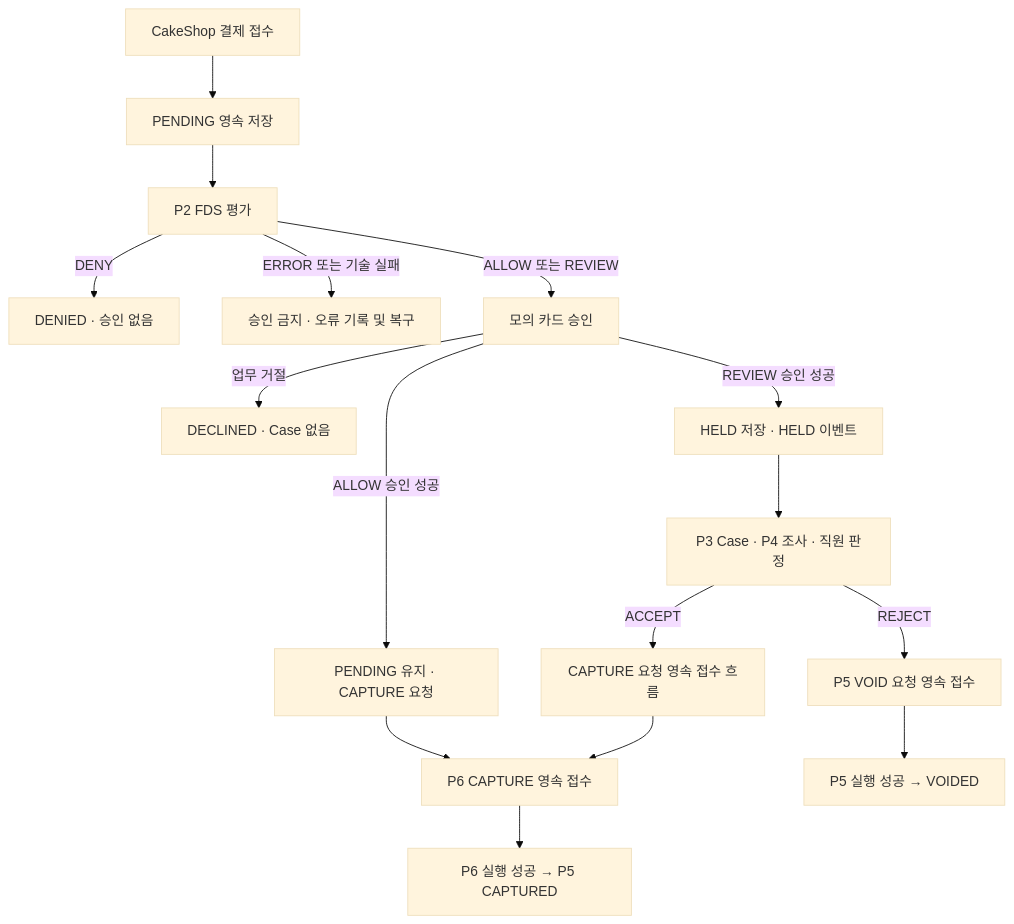
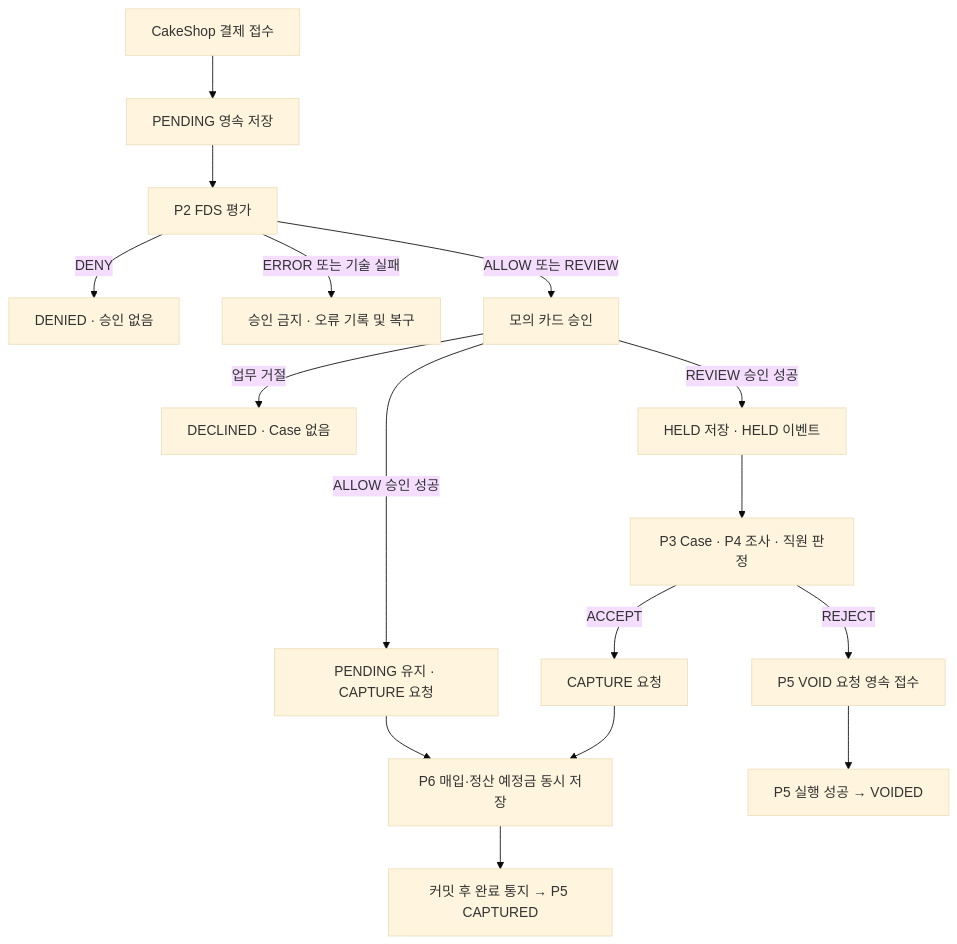
Before and after one commit to team-sweethan/DonWorry: the diagram in docs/payment/design.md, drawn with Mermaid (base theme). The commit also changed other lines of this file and 8 other files, not shown here.

````diff
--- a/docs/payment/design.md
+++ b/docs/payment/design.md
@@ -9,18 +9,18 @@
 ```mermaid
 flowchart TD
     A["CakeShop 결제 접수"] --> B["PENDING 영속 저장"]
     B --> F["P2 FDS 평가"]
     F -->|DENY| D["DENIED · 승인 없음"]
     F -->|ERROR 또는 기술 실패| E["승인 금지 · 오류 기록 및 복구"]
     F -->|ALLOW 또는 REVIEW| U["모의 카드 승인"]
     U -->|업무 거절| N["DECLINED · Case 없음"]
     U -->|ALLOW 승인 성공| C["PENDING 유지 · CAPTURE 요청"]
     U -->|REVIEW 승인 성공| H["HELD 저장 · HELD 이벤트"]
     H --> P["P3 Case · P4 조사 · 직원 판정"]
-    P -->|ACCEPT| C2["CAPTURE 요청 영속 접수 흐름"]
+    P -->|ACCEPT| C2["CAPTURE 요청"]
     P -->|REJECT| V["P5 VOID 요청 영속 접수"]
-    C --> S["P6 CAPTURE 영속 접수"]
+    C --> S["P6 매입·정산 예정금 동시 저장"]
     C2 --> S
-    S --> X["P6 실행 성공 → P5 CAPTURED"]
+    S --> X["커밋 후 완료 통지 → P5 CAPTURED"]
     V --> Y["P5 실행 성공 → VOIDED"]
 ```
````
